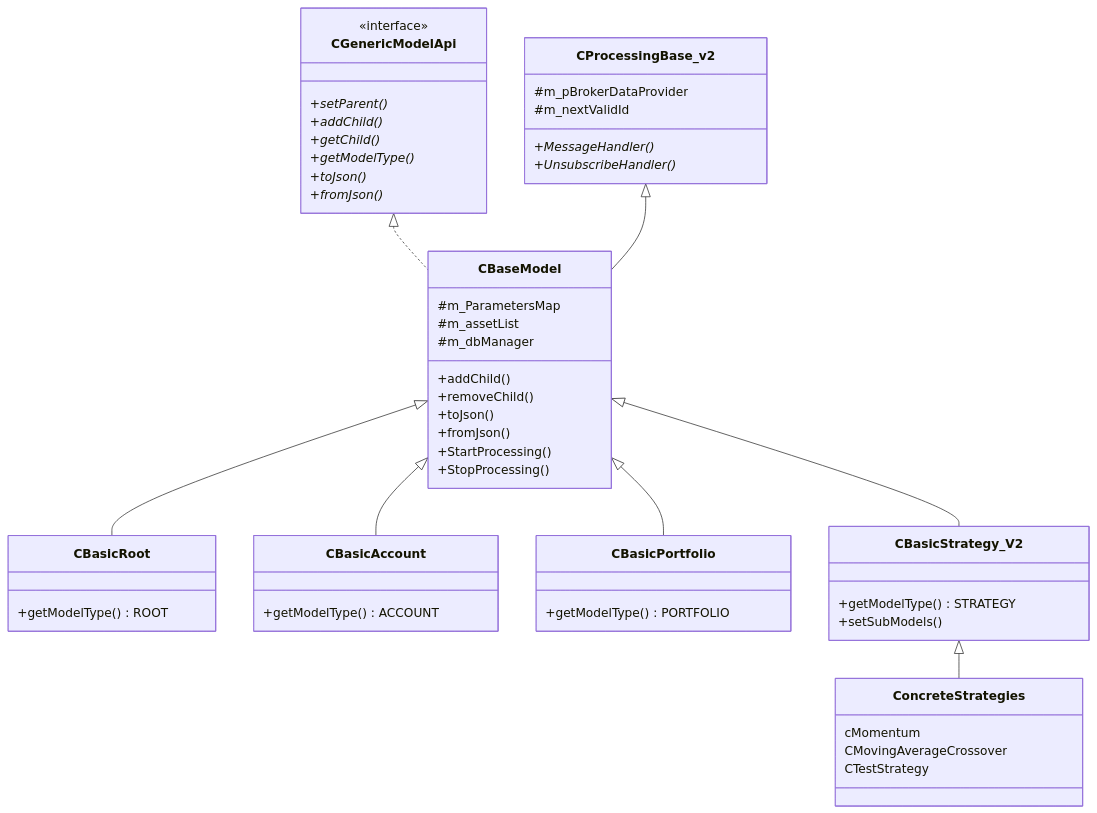
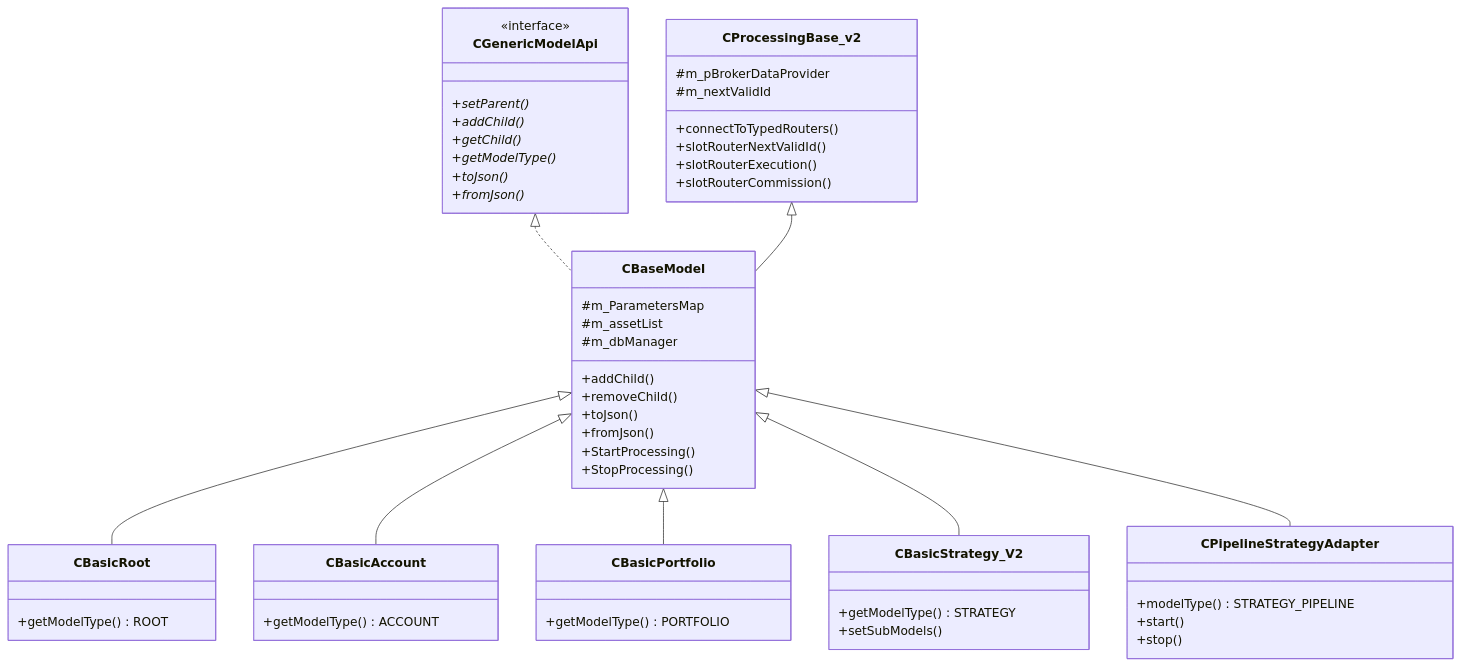
One commit to CloseToAlgoTrading/IbTradeQtDev changed the sixth of 23 diagrams in IbTradeQt/ARCHITECTURE.md. Above: the diagram before and after it, drawn with Mermaid. The commit also changed other lines of this file and 33 other files, not shown here.

````diff
--- a/IbTradeQt/ARCHITECTURE.md
+++ b/IbTradeQt/ARCHITECTURE.md
@@ -420,62 +428,64 @@
 ```mermaid
 classDiagram
     class CGenericModelApi {
         <<interface>>
         +setParent()*
         +addChild()*
         +getChild()*
         +getModelType()*
         +toJson()*
         +fromJson()*
     }
     
     class CProcessingBase_v2 {
-        +MessageHandler()*
-        +UnsubscribeHandler()*
+        +connectToTypedRouters()
+        +slotRouterNextValidId()
+        +slotRouterExecution()
+        +slotRouterCommission()
         #m_pBrokerDataProvider
         #m_nextValidId
     }
     
     class CBaseModel {
         +addChild()
         +removeChild()
         +toJson()
         +fromJson()
         +StartProcessing()
         +StopProcessing()
         #m_ParametersMap
         #m_assetList
         #m_dbManager
     }
     
     class CBasicRoot {
         +getModelType() ROOT
     }
     
     class CBasicAccount {
         +getModelType() ACCOUNT
     }
     
     class CBasicPortfolio {
         +getModelType() PORTFOLIO
     }
     
     class CBasicStrategy_V2 {
         +getModelType() STRATEGY
         +setSubModels()
     }
     
-    class ConcreteStrategies {
-        cMomentum
-        CMovingAverageCrossover
-        CTestStrategy
+    class CPipelineStrategyAdapter {
+        +modelType() STRATEGY_PIPELINE
+        +start()
+        +stop()
     }
     
     CGenericModelApi <|.. CBaseModel
     CProcessingBase_v2 <|-- CBaseModel
     CBaseModel <|-- CBasicRoot
     CBaseModel <|-- CBasicAccount
     CBaseModel <|-- CBasicPortfolio
     CBaseModel <|-- CBasicStrategy_V2
-    CBasicStrategy_V2 <|-- ConcreteStrategies
+    CBaseModel <|-- CPipelineStrategyAdapter
 ```
````
